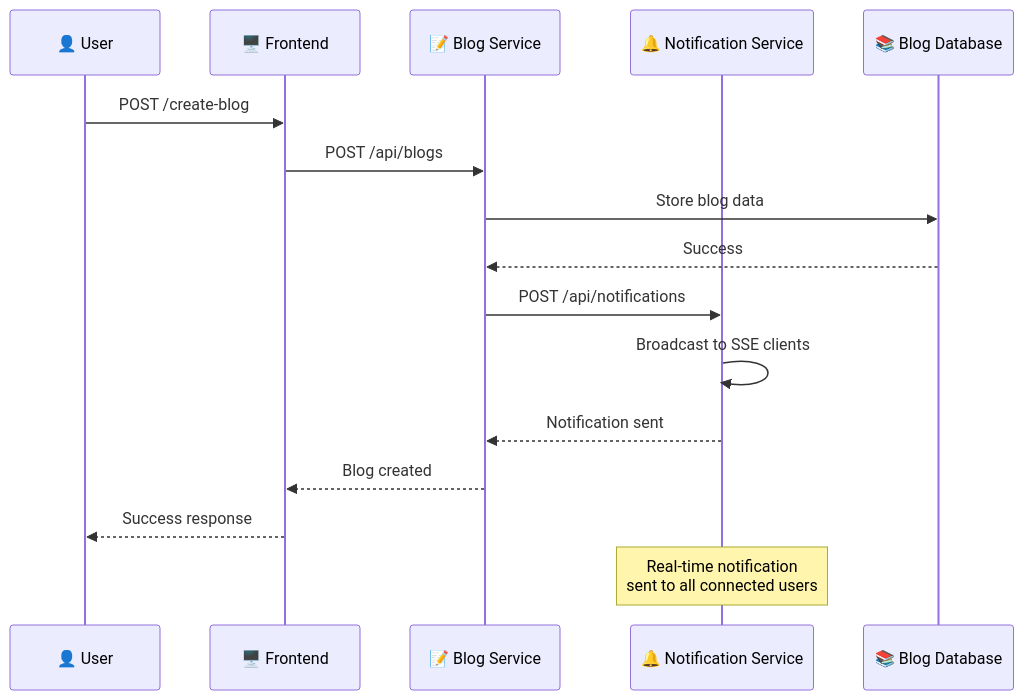
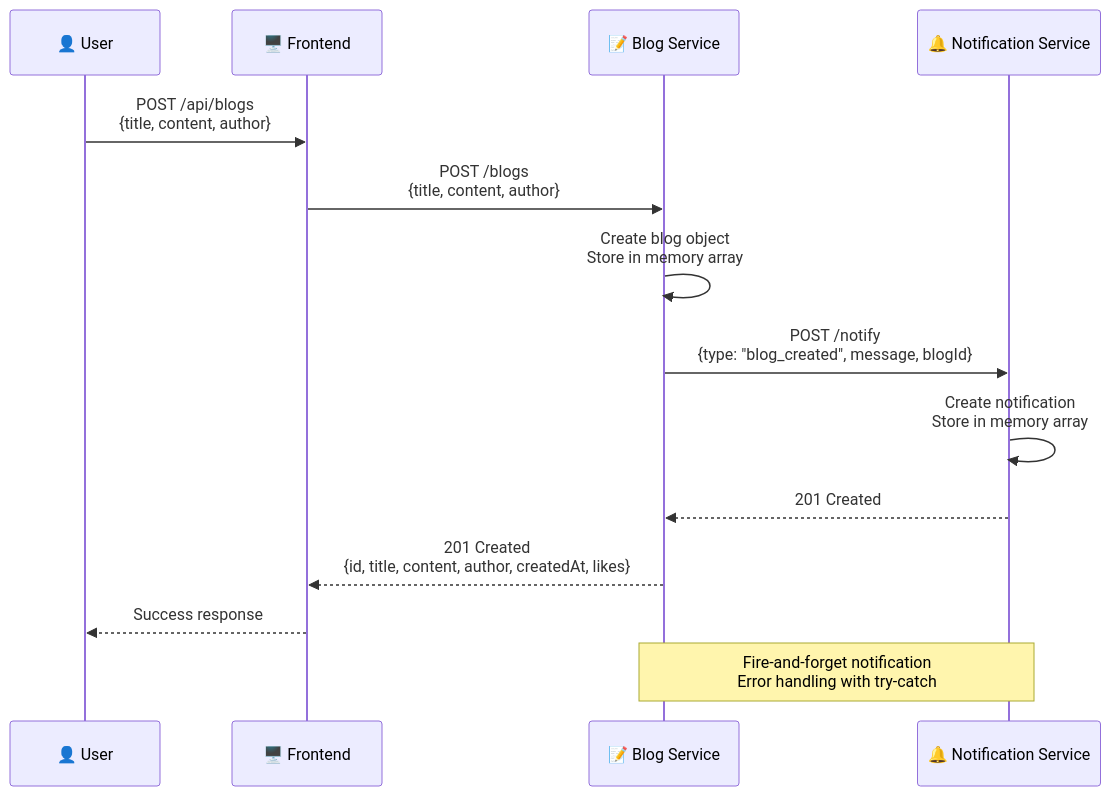
The second of 9 diagrams in docs/architecture-diagrams.md (vvt911/blog-microservices), drawn with Mermaid before and after one commit. The commit also changed other lines of this file and 2 other files, not shown here.

````diff
--- a/docs/architecture-diagrams.md
+++ b/docs/architecture-diagrams.md
@@ -109,20 +102,18 @@
 ```mermaid
 sequenceDiagram
     participant U as 👤 User
     participant F as 🖥️ Frontend
     participant B as 📝 Blog Service
     participant N as 🔔 Notification Service
-    participant DB as 📚 Blog Database
     
-    U->>F: POST /create-blog
-    F->>B: POST /api/blogs
-    B->>DB: Store blog data
-    DB-->>B: Success
-    B->>N: POST /api/notifications
-    N->>N: Broadcast to SSE clients
-    N-->>B: Notification sent
-    B-->>F: Blog created
+    U->>F: POST /api/blogs<br/>{title, content, author}
+    F->>B: POST /blogs<br/>{title, content, author}
+    B->>B: Create blog object<br/>Store in memory array
+    B->>N: POST /notify<br/>{type: "blog_created", message, blogId}
+    N->>N: Create notification<br/>Store in memory array
+    N-->>B: 201 Created
+    B-->>F: 201 Created<br/>{id, title, content, author, createdAt, likes}
     F-->>U: Success response
     
-    Note over N: Real-time notification<br/>sent to all connected users
+    Note over B,N: Fire-and-forget notification<br/>Error handling with try-catch
 ```
````
